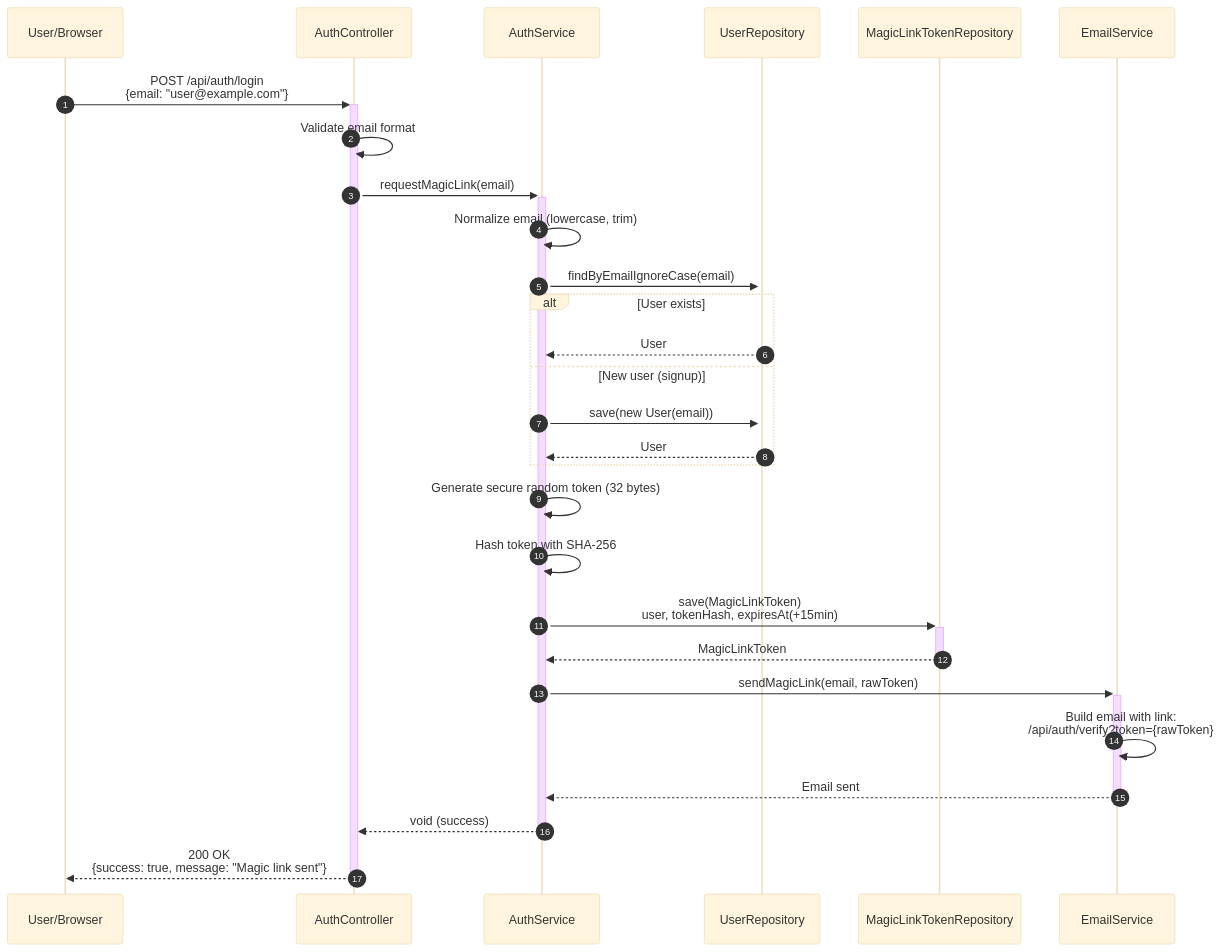
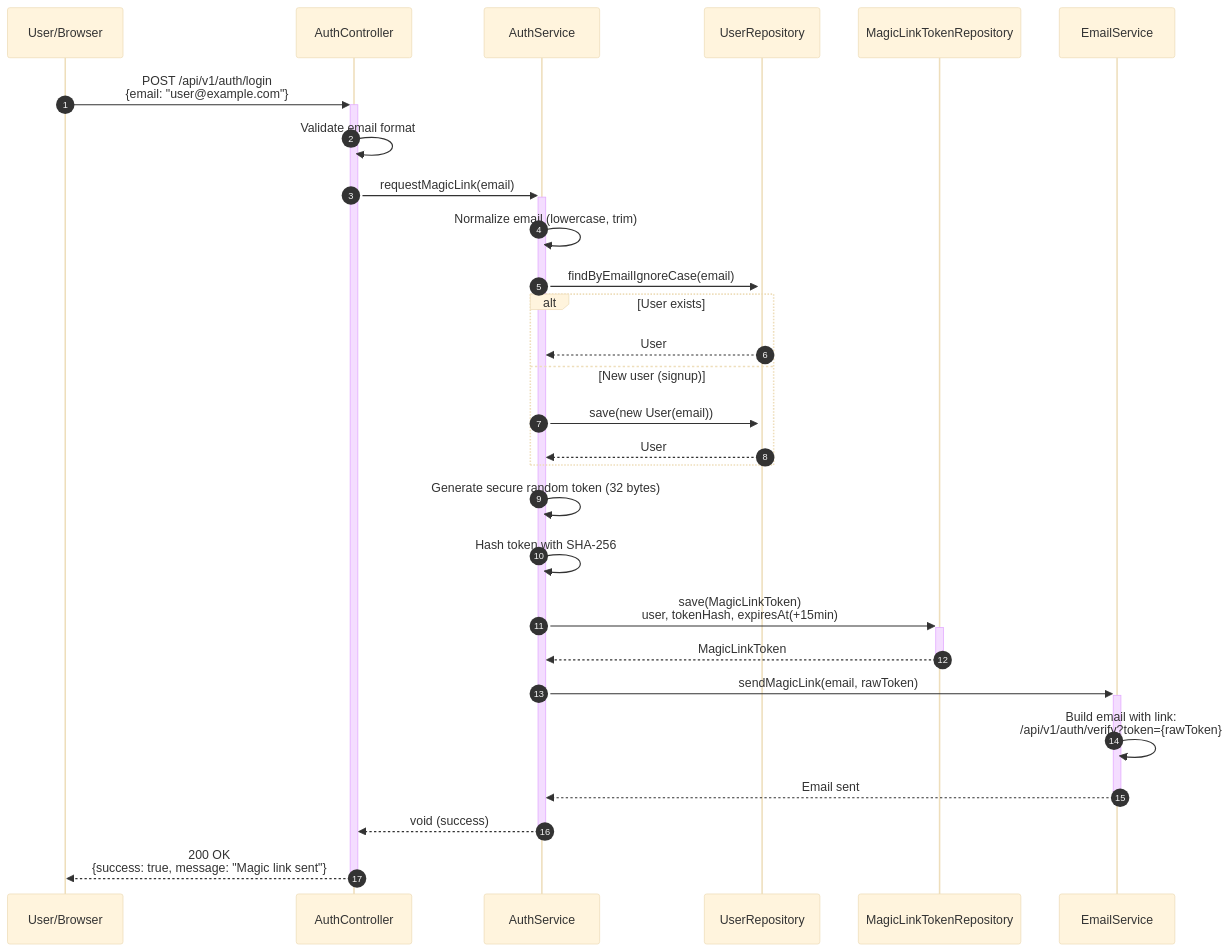
Before and after one commit to alexandermfisher/budgeteer: the first of 10 diagrams in docs/diagrams/user-authentication-flow.md, drawn with Mermaid (base theme). The commit also changed other lines of this file and 19 other files, not shown here.

````diff
--- a/docs/diagrams/user-authentication-flow.md
+++ b/docs/diagrams/user-authentication-flow.md
@@ -32,36 +32,36 @@
 ```mermaid
 sequenceDiagram
     autonumber
     participant U as User/Browser
     participant AC as AuthController
     participant AS as AuthService
     participant UR as UserRepository
     participant MLR as MagicLinkTokenRepository
     participant ES as EmailService
 
-    U->>+AC: POST /api/auth/login<br/>{email: "user@example.com"}
+    U->>+AC: POST /api/v1/auth/login<br/>{email: "user@example.com"}
     AC->>AC: Validate email format
     AC->>+AS: requestMagicLink(email)
     
     AS->>AS: Normalize email (lowercase, trim)
     AS->>+UR: findByEmailIgnoreCase(email)
     
     alt User exists
         UR-->>AS: User
     else New user (signup)
         AS->>UR: save(new User(email))
         UR-->>AS: User
     end
     
     AS->>AS: Generate secure random token (32 bytes)
     AS->>AS: Hash token with SHA-256
     AS->>+MLR: save(MagicLinkToken)<br/>user, tokenHash, expiresAt(+15min)
     MLR-->>-AS: MagicLinkToken
     
     AS->>+ES: sendMagicLink(email, rawToken)
-    ES->>ES: Build email with link:<br/>/api/auth/verify?token={rawToken}
+    ES->>ES: Build email with link:<br/>/api/v1/auth/verify?token={rawToken}
     ES-->>-AS: Email sent
     
     AS-->>-AC: void (success)
     AC-->>-U: 200 OK<br/>{success: true, message: "Magic link sent"}
 ```
````
